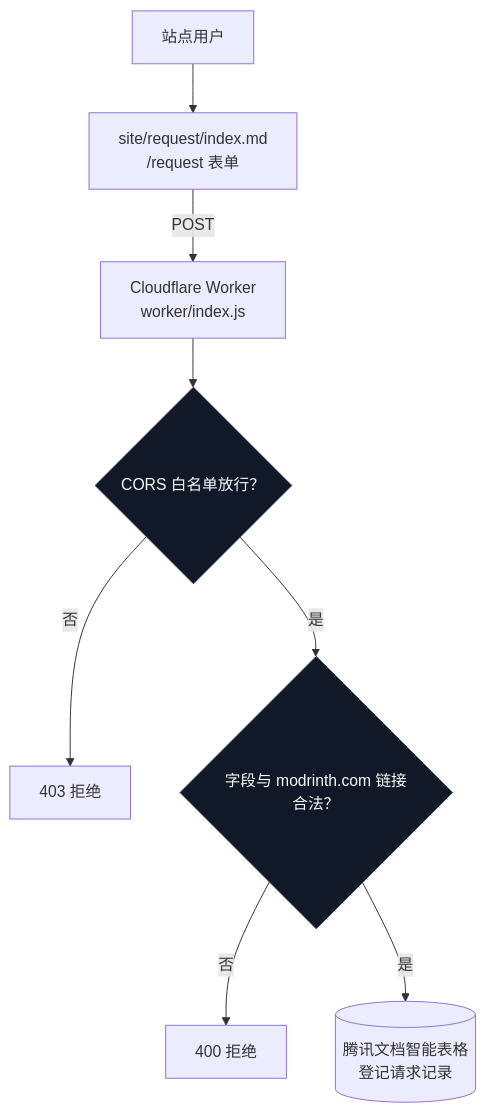
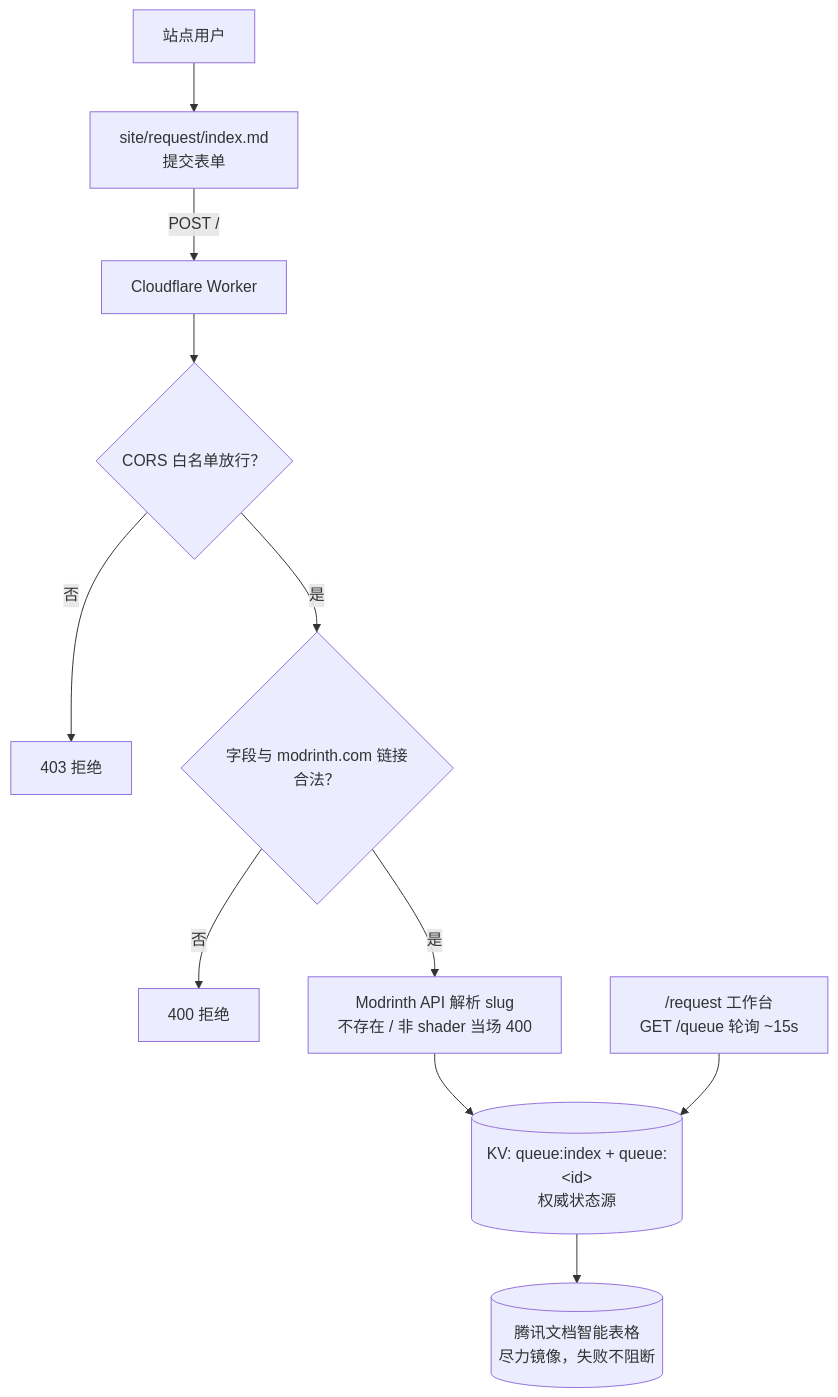
The fourth of 5 diagrams in FLOW.md (Kalloer1/shader-i18n-site), drawn with Mermaid before and after one commit. The commit also changed other lines of this file and 918 other files, not shown here.

````diff
--- a/FLOW.md
+++ b/FLOW.md
@@ -77,13 +122,14 @@
 ```mermaid
 flowchart TD
-    U["站点用户"] --> REQ["site/request/index.md<br/>/request 表单"]
-    REQ -->|"POST"| W["Cloudflare Worker<br/>worker/index.js"]
+    U["站点用户"] --> REQ["site/request/index.md<br/>提交表单"]
+    REQ -->|"POST /"| W["Cloudflare Worker"]
     W --> CORSS{"CORS 白名单放行？"}
     CORSS -->|"否"| DENY["403 拒绝"]
     CORSS -->|"是"| VF{"字段与 modrinth.com 链接合法？"}
     VF -->|"否"| REJECT["400 拒绝"]
-    VF -->|"是"| DOCS[("腾讯文档智能表格<br/>登记请求记录")]
+    VF -->|"是"| MR["Modrinth API 解析 slug<br/>不存在 / 非 shader 当场 400"]
+    MR --> KV[("KV: queue:index + queue:&lt;id&gt;<br/>权威状态源")]
+    KV --> DOCS[("腾讯文档智能表格<br/>尽力镜像，失败不阻断")]
 
-    style CORSS fill:#111827,stroke:#374151,color:#f9fafb
-    style VF fill:#111827,stroke:#374151,color:#f9fafb
+    QP["/request 工作台<br/>GET /queue 轮询 ~15s"] --> KV
 ```
````
